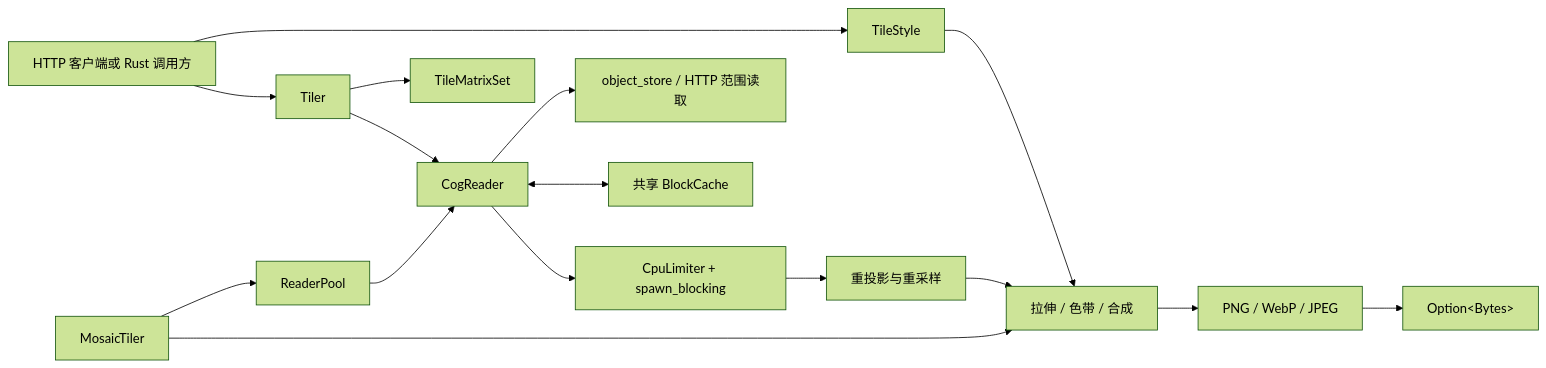
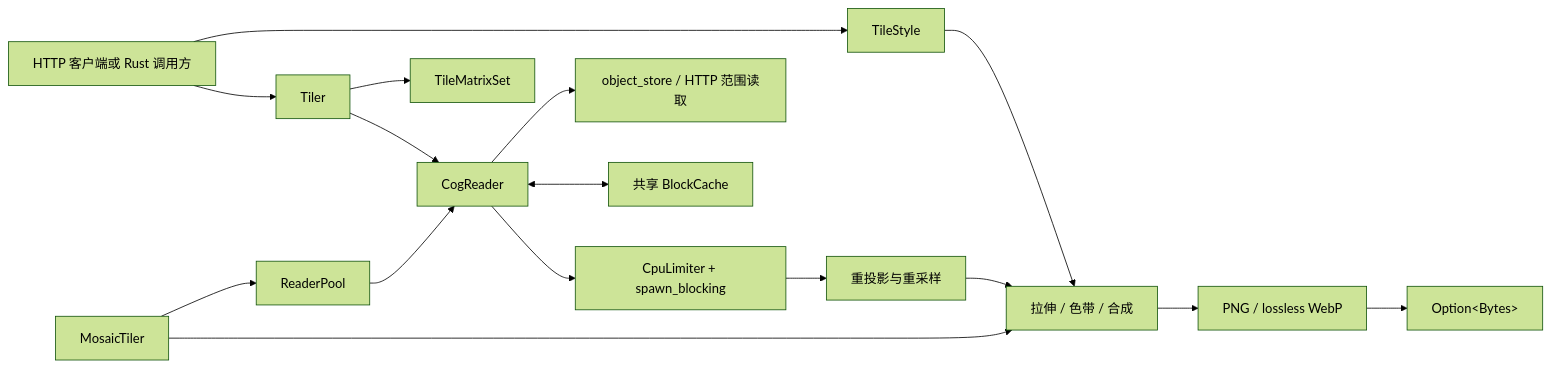
One commit to mapseekai/async-geotiff-rs changed the diagram in website/content/docs/overview/architecture.zh.md. Above: the diagram before and after it, drawn with Mermaid (forest theme). The commit also changed other lines of this file and 61 other files, not shown here.

````diff
--- a/website/content/docs/overview/architecture.zh.md
+++ b/website/content/docs/overview/architecture.zh.md
@@ -10,18 +10,18 @@
 ```mermaid
 flowchart LR
     Client[HTTP 客户端或 Rust 调用方] --> Style[TileStyle]
     Client --> Tiler[Tiler]
     Tiler --> Grid[TileMatrixSet]
     Tiler --> Reader[CogReader]
     Reader --> Store[object_store / HTTP 范围读取]
     Reader <--> Cache[共享 BlockCache]
     Reader --> CPU[CpuLimiter + spawn_blocking]
     CPU --> Warp[重投影与重采样]
     Warp --> Render[拉伸 / 色带 / 合成]
     Style --> Render
-    Render --> Encode[PNG / WebP / JPEG]
+    Render --> Encode[PNG / lossless WebP]
     Encode --> Result[Option&lt;Bytes&gt;]
     Mosaic[MosaicTiler] --> ReaderPool[ReaderPool]
     ReaderPool --> Reader
     Mosaic --> Render
 ```
````
